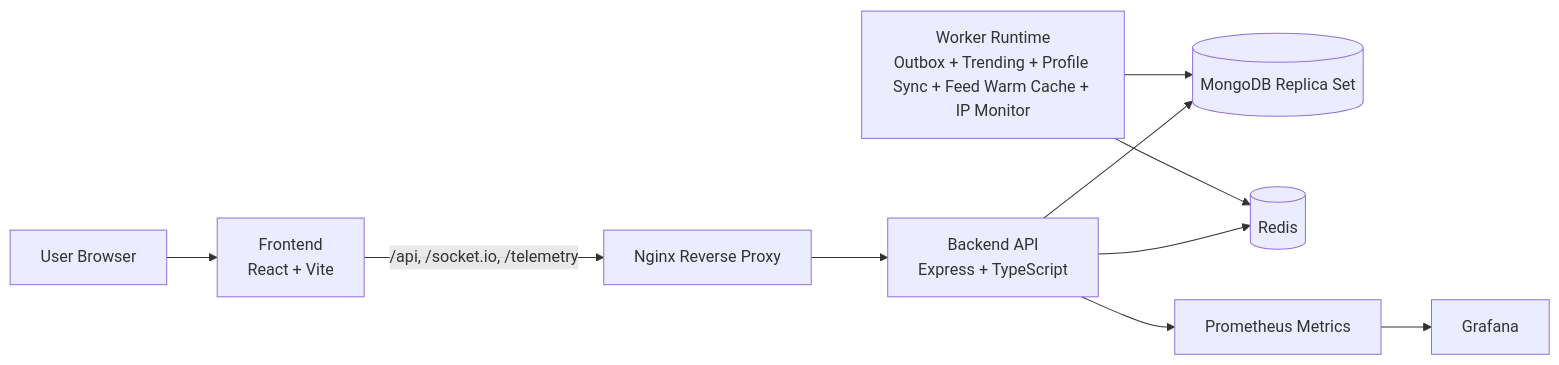
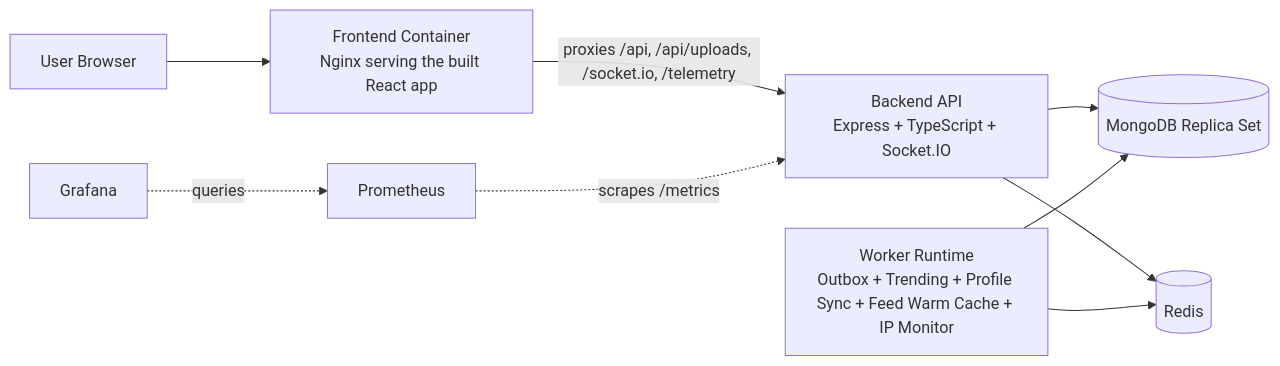
The first of 2 diagrams in README.md (sunsetstack/ascendance-social), drawn with Mermaid before and after one commit. The commit also changed other lines of this file, not shown here.

````diff
--- a/README.md
+++ b/README.md
@@ -41,12 +41,11 @@
 ```mermaid
 flowchart LR
-  U[User Browser] --> F[Frontend\nReact + Vite]
-  F -->|/api, /socket.io, /telemetry| N[Nginx Reverse Proxy]
-  N --> B[Backend API\nExpress + TypeScript]
+  U[User Browser] --> F[Frontend Container\nNginx serving the built React app]
+  F -->|proxies /api, /api/uploads, /socket.io, /telemetry| B[Backend API\nExpress + TypeScript + Socket.IO]
   B --> M[(MongoDB Replica Set)]
   B --> R[(Redis)]
   W[Worker Runtime\nOutbox + Trending + Profile Sync + Feed Warm Cache + IP Monitor] --> M
   W --> R
-  B --> P[Prometheus Metrics]
-  P --> G[Grafana]
+  P[Prometheus] -. scrapes /metrics .-> B
+  G[Grafana] -. queries .-> P
 ```
````
